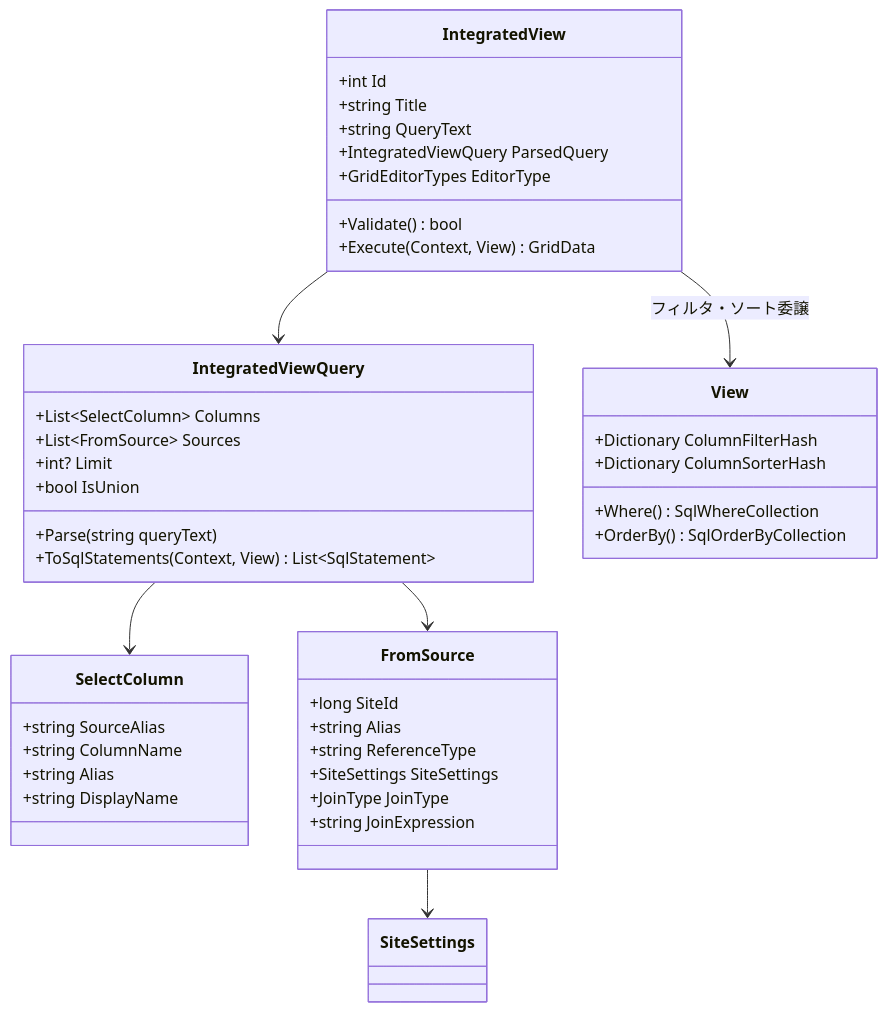
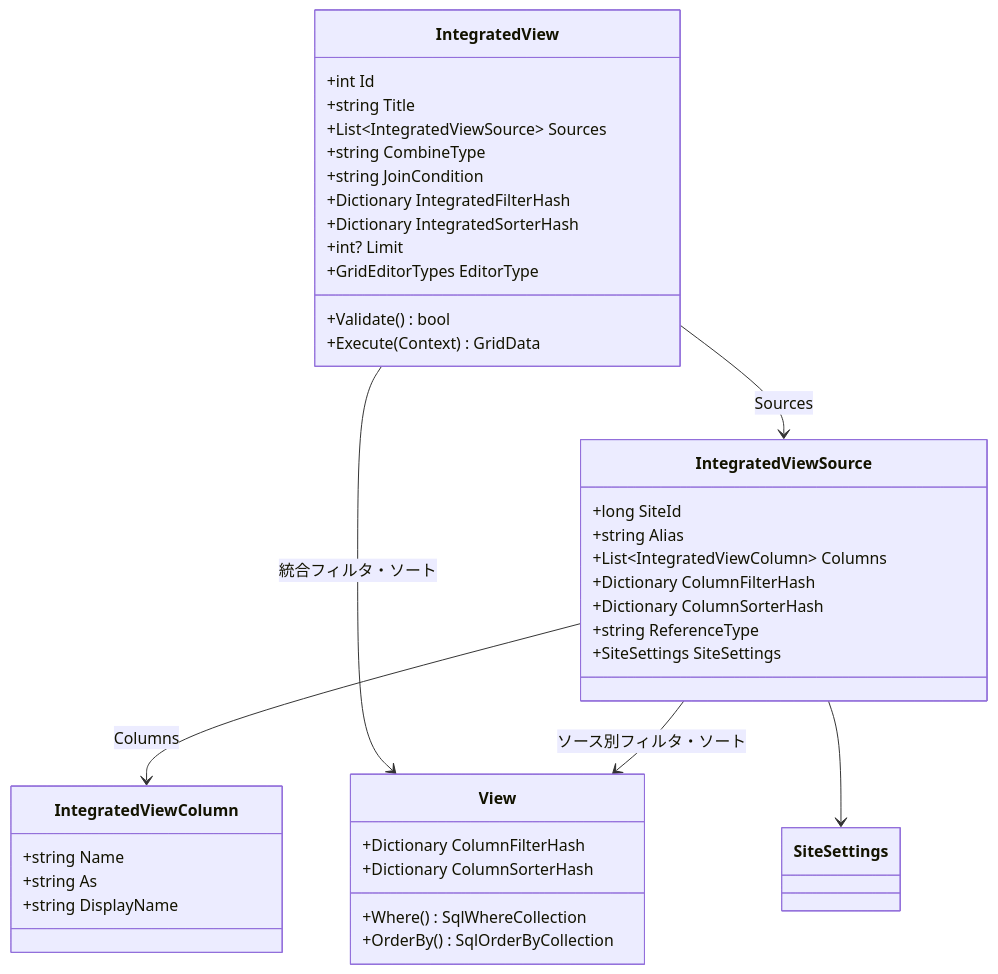
Before and after one commit to vehiclevisionjp/VehicleVision.Pleasanter.ResearchDocuments: the sixth of 10 diagrams in docs/research/06-一覧・ビュー/007-複数テーブル統合ビュー.md, drawn with Mermaid. The commit also changed other lines of this file, not shown here.

````diff
--- a/docs/research/06-一覧・ビュー/007-複数テーブル統合ビュー.md
+++ b/docs/research/06-一覧・ビュー/007-複数テーブル統合ビュー.md
@@ -594,50 +753,45 @@
 ```mermaid
 classDiagram
     class IntegratedView {
         +int Id
         +string Title
-        +string QueryText
-        +IntegratedViewQuery ParsedQuery
+        +List~IntegratedViewSource~ Sources
+        +string CombineType
+        +string JoinCondition
+        +Dictionary IntegratedFilterHash
+        +Dictionary IntegratedSorterHash
+        +int? Limit
         +GridEditorTypes EditorType
         +Validate() bool
-        +Execute(Context, View) GridData
+        +Execute(Context) GridData
     }
 
-    class IntegratedViewQuery {
-        +List~SelectColumn~ Columns
-        +List~FromSource~ Sources
-        +int? Limit
-        +bool IsUnion
-        +Parse(string queryText)
-        +ToSqlStatements(Context, View) List~SqlStatement~
+    class IntegratedViewSource {
+        +long SiteId
+        +string Alias
+        +List~IntegratedViewColumn~ Columns
+        +Dictionary ColumnFilterHash
+        +Dictionary ColumnSorterHash
+        +string ReferenceType
+        +SiteSettings SiteSettings
     }
 
-    class SelectColumn {
-        +string SourceAlias
-        +string ColumnName
-        +string Alias
+    class IntegratedViewColumn {
+        +string Name
+        +string As
         +string DisplayName
-    }
-
-    class FromSource {
-        +long SiteId
-        +string Alias
-        +string ReferenceType
-        +SiteSettings SiteSettings
-        +JoinType JoinType
-        +string JoinExpression
     }
 
     class View {
         +Dictionary ColumnFilterHash
         +Dictionary ColumnSorterHash
         +Where() SqlWhereCollection
         +OrderBy() SqlOrderByCollection
     }
 
-    IntegratedView --> IntegratedViewQuery
-    IntegratedView --> View : フィルタ・ソート委譲
-    IntegratedViewQuery --> SelectColumn
-    IntegratedViewQuery --> FromSource
-    FromSource --> SiteSettings
+    IntegratedView --> IntegratedViewSource : Sources
+    IntegratedView --> View : 統合フィルタ・ソート
+    IntegratedViewSource --> IntegratedViewColumn : Columns
+    IntegratedViewSource --> View : ソース別フィルタ・ソート
+    IntegratedViewSource --> SiteSettings
 ```
````
